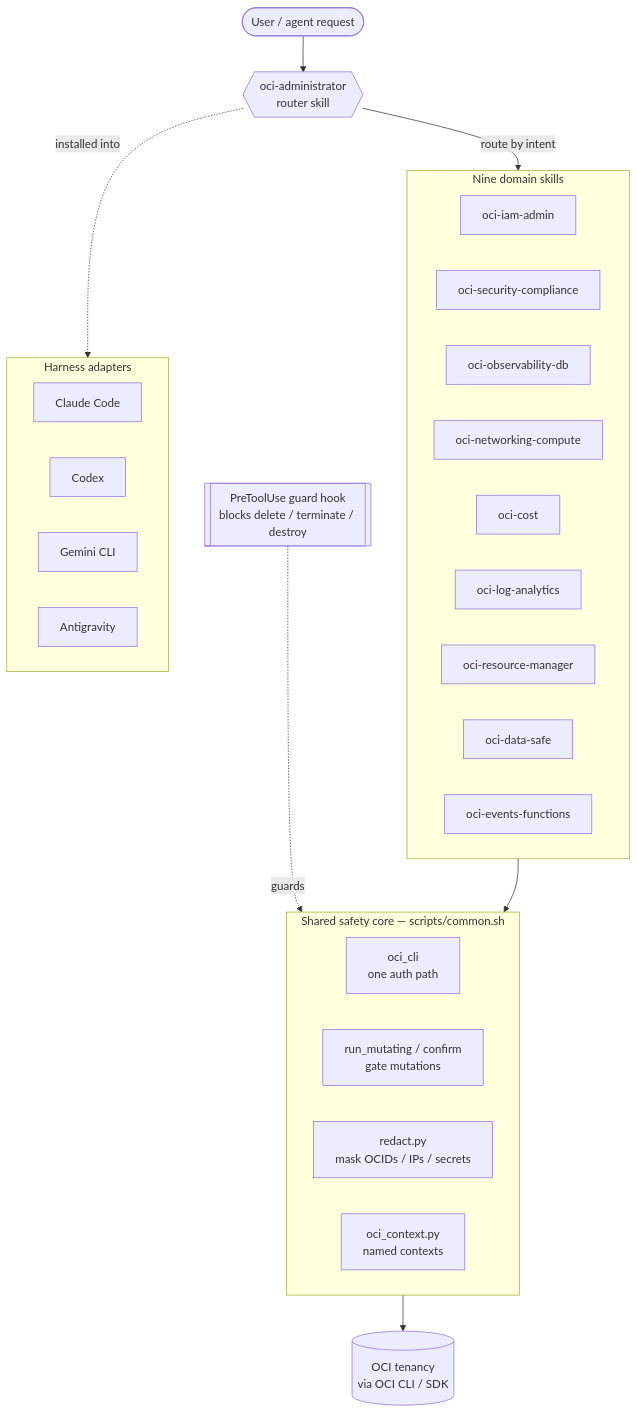
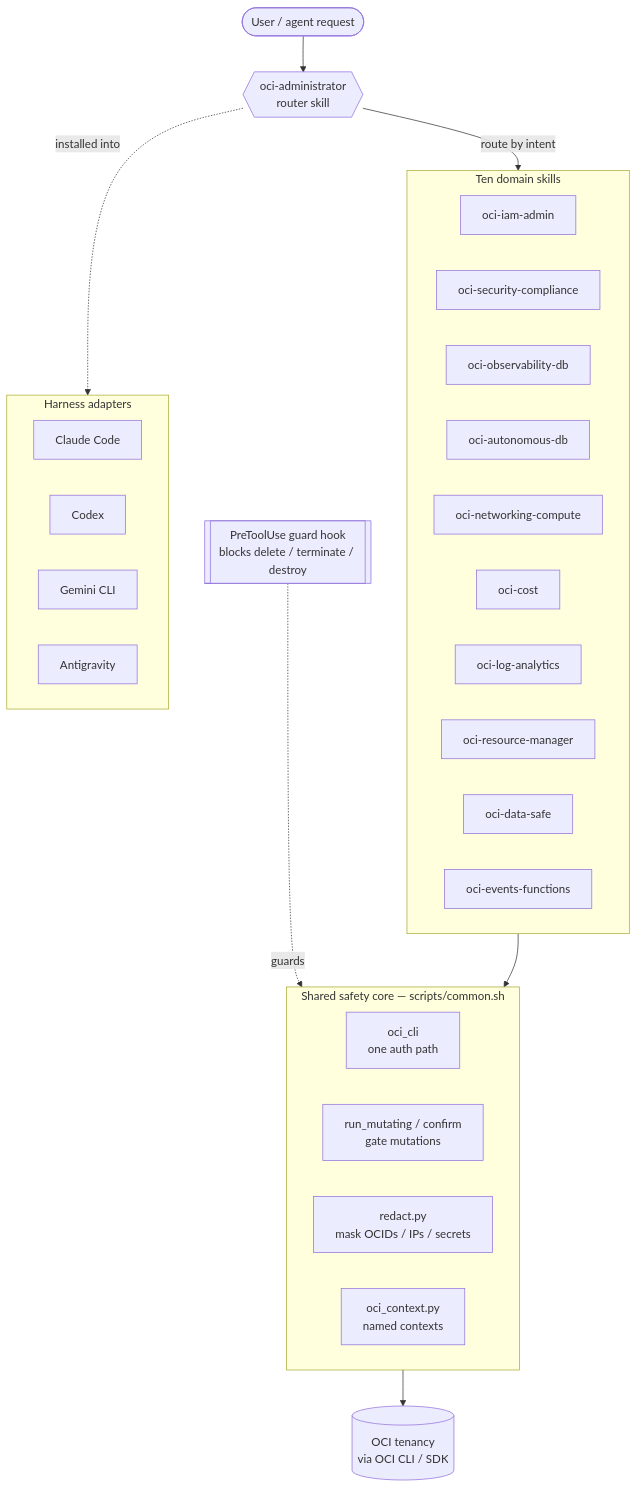
The diagram in README.md (adibirzu/oci-skills), drawn with Mermaid before and after one commit. The commit also changed other lines of this file and 8 other files, not shown here.

First line of the commit message:
feat(oci-autonomous-db): Autonomous DB lifecycle + working-SQL skill

````diff
--- a/README.md
+++ b/README.md
@@ -57,39 +58,40 @@
 ```mermaid
 flowchart TD
     U([User / agent request]) --> R{{"oci-administrator<br/>router skill"}}
     R -->|route by intent| D
 
-    subgraph D[Nine domain skills]
+    subgraph D[Ten domain skills]
       direction LR
       IAM[oci-iam-admin]
       SEC[oci-security-compliance]
       OBS[oci-observability-db]
+      ADB[oci-autonomous-db]
       NET[oci-networking-compute]
       COST[oci-cost]
       LOG[oci-log-analytics]
       ORM[oci-resource-manager]
       DS[oci-data-safe]
       EF[oci-events-functions]
     end
 
     D --> CORE
     subgraph CORE["Shared safety core — scripts/common.sh"]
       direction LR
       CLI["oci_cli<br/>one auth path"]
       MUT["run_mutating / confirm<br/>gate mutations"]
       RED["redact.py<br/>mask OCIDs / IPs / secrets"]
       CTX["oci_context.py<br/>named contexts"]
     end
 
     HOOK[["PreToolUse guard hook<br/>blocks delete / terminate / destroy"]] -. guards .-> CLI
     CORE --> OCI[("OCI tenancy<br/>via OCI CLI / SDK")]
 
     R -. installed into .-> H
     subgraph H[Harness adapters]
       direction LR
       C[Claude Code]
       CX[Codex]
       G[Gemini CLI]
       AG[Antigravity]
     end
 ```
````
